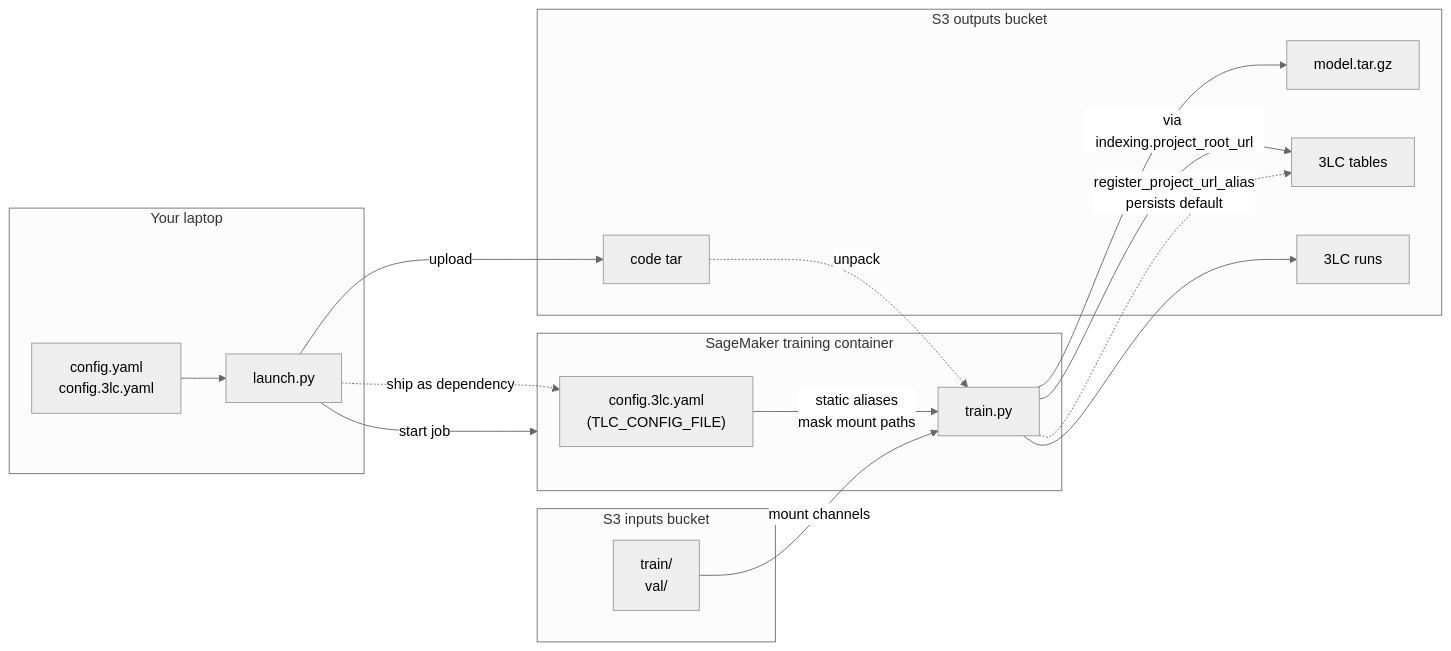
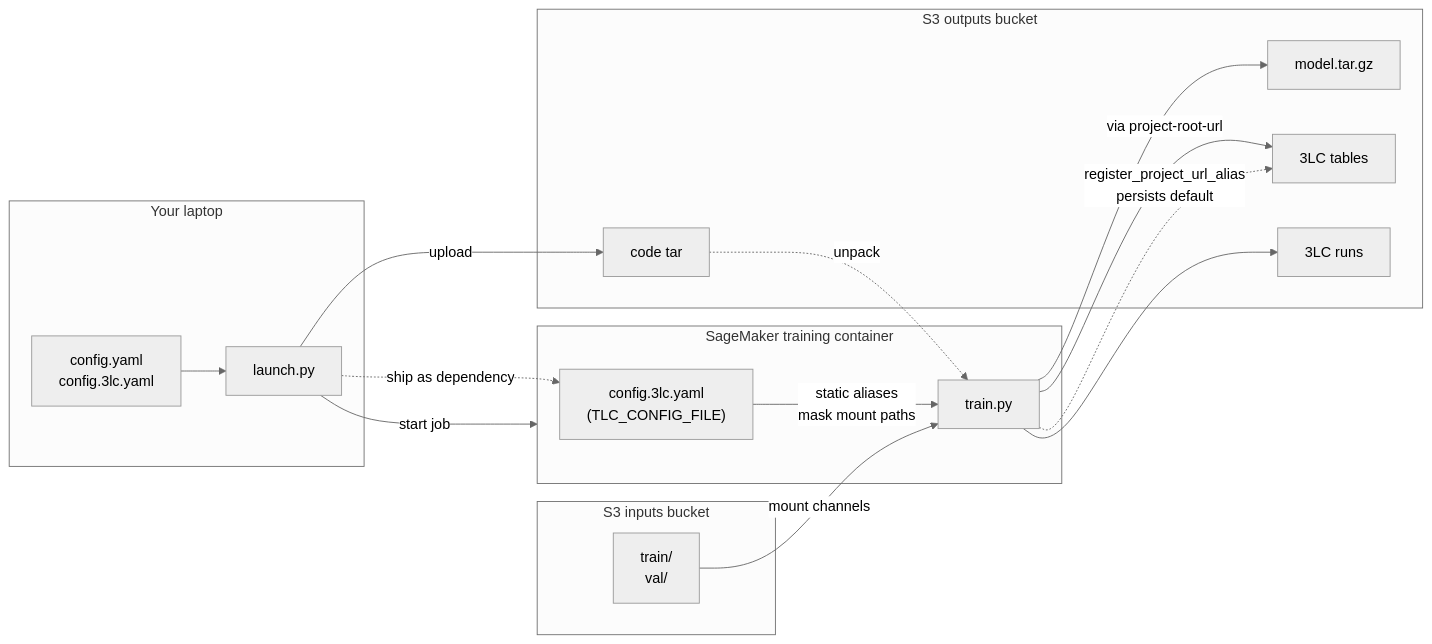
One commit to 3lc-ai/3lc-examples changed the first of 2 diagrams in examples/sagemaker-training/README.md. Above: the diagram before and after it, drawn with Mermaid (neutral theme). The commit also changed other lines of this file and 9 other files, not shown here.

````diff
--- a/examples/sagemaker-training/README.md
+++ b/examples/sagemaker-training/README.md
@@ -98,35 +98,35 @@
 ```mermaid
 flowchart LR
     subgraph L["Your laptop"]
         C["config.yaml<br/>config.3lc.yaml"]
         LP["launch.py"]
         C --> LP
     end
 
     subgraph IN["S3 inputs bucket"]
         DS["train/<br/>val/"]
     end
 
     subgraph CONT["SageMaker training container"]
         TC["config.3lc.yaml<br/>(TLC_CONFIG_FILE)"]
         TR["train.py"]
         TC -->|static aliases<br/>mask mount paths| TR
     end
 
     subgraph OUT["S3 outputs bucket"]
         CODE["code tar"]
         MOD["model.tar.gz"]
         TBL["3LC tables"]
         RUN["3LC runs"]
     end
 
     LP -->|upload| CODE
     LP -->|start job| CONT
     LP -. ship as dependency .-> TC
     DS -->|mount channels| TR
     CODE -. unpack .-> TR
     TR --> MOD
-    TR -->|via indexing.project_root_url| TBL
+    TR -->|via project-root-url| TBL
     TR --> RUN
     TR -. register_project_url_alias<br/>persists default .-> TBL
 ```
````
